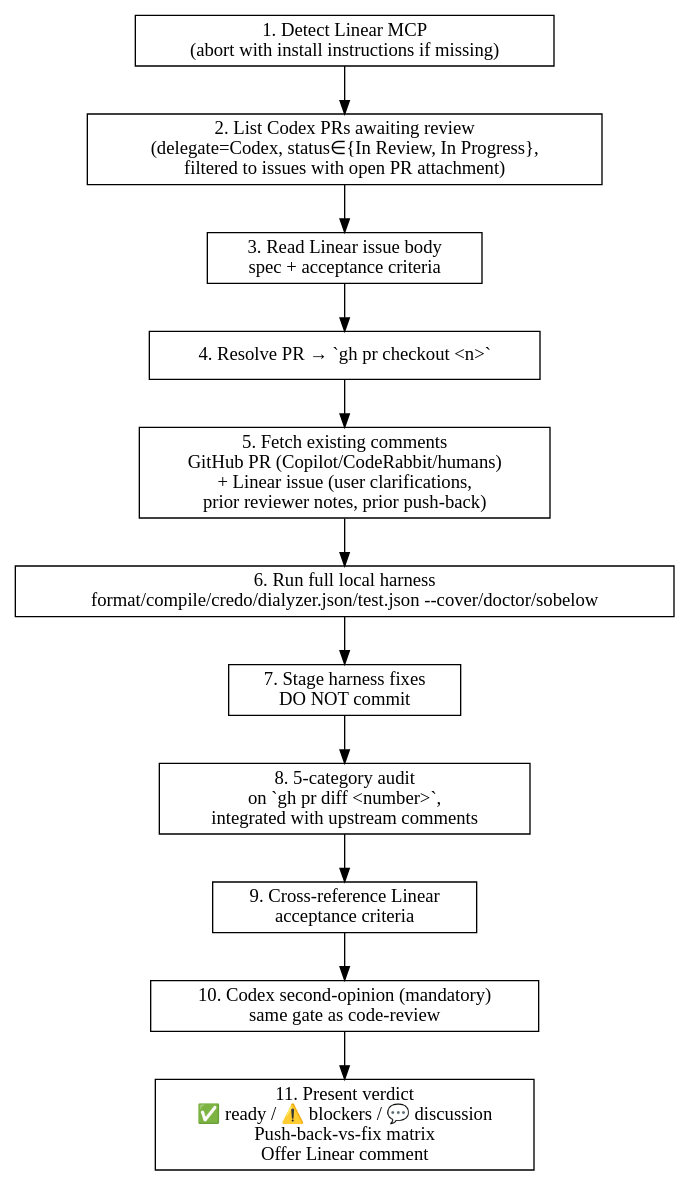
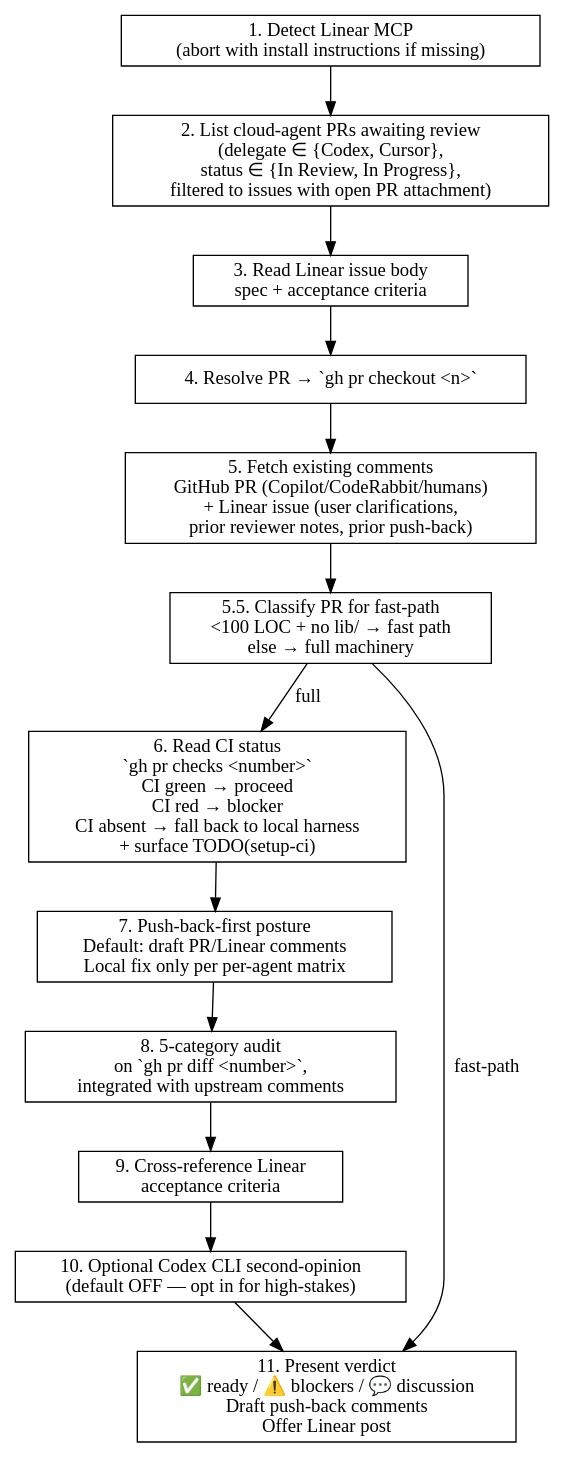
The diagram in plugins/staged-review/skills/commit-review/SKILL.md (ZenHive/claude-marketplace-elixir), drawn with Graphviz before and after one commit. The commit also changed other lines of this file and 12 other files, not shown here.

First line of the commit message:
Add elixir-ci-harness skill + flip commit-review to CI-as-gate

````diff
--- a/plugins/staged-review/skills/commit-review/SKILL.md
+++ b/plugins/staged-review/skills/commit-review/SKILL.md
@@ -44,20 +61,24 @@
 ```dot
 digraph commit_review {
   rankdir=TB;
   node [shape=box];
 
   detect    [label="1. Detect Linear MCP\n(abort with install instructions if missing)"];
-  list      [label="2. List Codex PRs awaiting review\n(delegate=Codex, status∈{In Review, In Progress},\nfiltered to issues with open PR attachment)"];
+  list      [label="2. List cloud-agent PRs awaiting review\n(delegate ∈ {Codex, Cursor},\nstatus ∈ {In Review, In Progress},\nfiltered to issues with open PR attachment)"];
   spec      [label="3. Read Linear issue body\nspec + acceptance criteria"];
   checkout  [label="4. Resolve PR → `gh pr checkout <n>`"];
   comments  [label="5. Fetch existing comments\nGitHub PR (Copilot/CodeRabbit/humans)\n+ Linear issue (user clarifications,\nprior reviewer notes, prior push-back)"];
-  harness   [label="6. Run full local harness\nformat/compile/credo/dialyzer.json/test.json --cover/doctor/sobelow"];
-  fix       [label="7. Stage harness fixes\nDO NOT commit"];
+  classify  [label="5.5. Classify PR for fast-path\n<100 LOC + no lib/ → fast path\nelse → full machinery"];
+  ci        [label="6. Read CI status\n`gh pr checks <number>`\nCI green → proceed\nCI red → blocker\nCI absent → fall back to local harness\n+ surface TODO(setup-ci)"];
+  pushback  [label="7. Push-back-first posture\nDefault: draft PR/Linear comments\nLocal fix only per per-agent matrix"];
   audit     [label="8. 5-category audit\non `gh pr diff <number>`,\nintegrated with upstream comments"];
   cross     [label="9. Cross-reference Linear\nacceptance criteria"];
-  codex     [label="10. Codex second-opinion (mandatory)\nsame gate as code-review"];
-  verdict   [label="11. Present verdict\n✅ ready / ⚠️ blockers / 💬 discussion\nPush-back-vs-fix matrix\nOffer Linear comment"];
+  codex     [label="10. Optional Codex CLI second-opinion\n(default OFF — opt in for high-stakes)"];
+  verdict   [label="11. Present verdict\n✅ ready / ⚠️ blockers / 💬 discussion\nDraft push-back comments\nOffer Linear post"];
 
-  detect -> list -> spec -> checkout -> comments -> harness -> fix -> audit -> cross -> codex -> verdict;
+  detect -> list -> spec -> checkout -> comments -> classify;
+  classify -> ci [label="full"];
+  classify -> verdict [label="fast-path"];
+  ci -> pushback -> audit -> cross -> codex -> verdict;
 }
 ```
````
